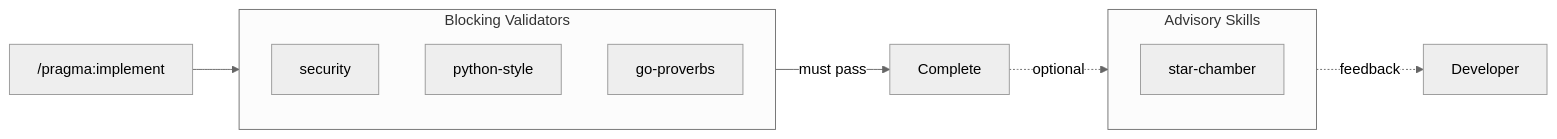
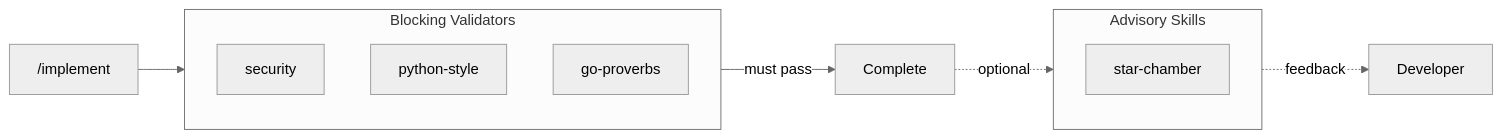
The ninth of 9 diagrams in ARCHITECTURE.md (peteski22/claude-pragma), drawn with Mermaid (neutral theme) before and after one commit. The commit also changed other lines of this file and 12 other files, not shown here.

````diff
--- a/ARCHITECTURE.md
+++ b/ARCHITECTURE.md
@@ -652,18 +652,18 @@
 ```mermaid
 flowchart LR
     subgraph Validators["Blocking Validators"]
         V1[security]
         V2[python-style]
         V3[go-proverbs]
     end
 
     subgraph Advisory["Advisory Skills"]
         A1[star-chamber]
     end
 
-    Impl["/pragma:implement"] --> Validators
+    Impl["/implement"] --> Validators
     Validators -->|"must pass"| Complete[Complete]
 
     Complete -.->|"optional"| Advisory
     Advisory -.->|"feedback"| Developer
 ```
````
